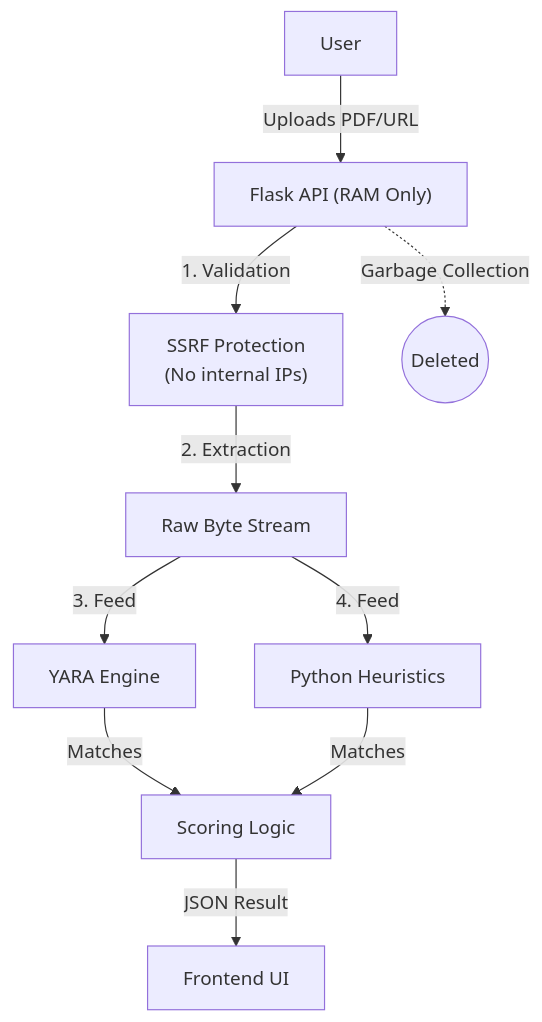
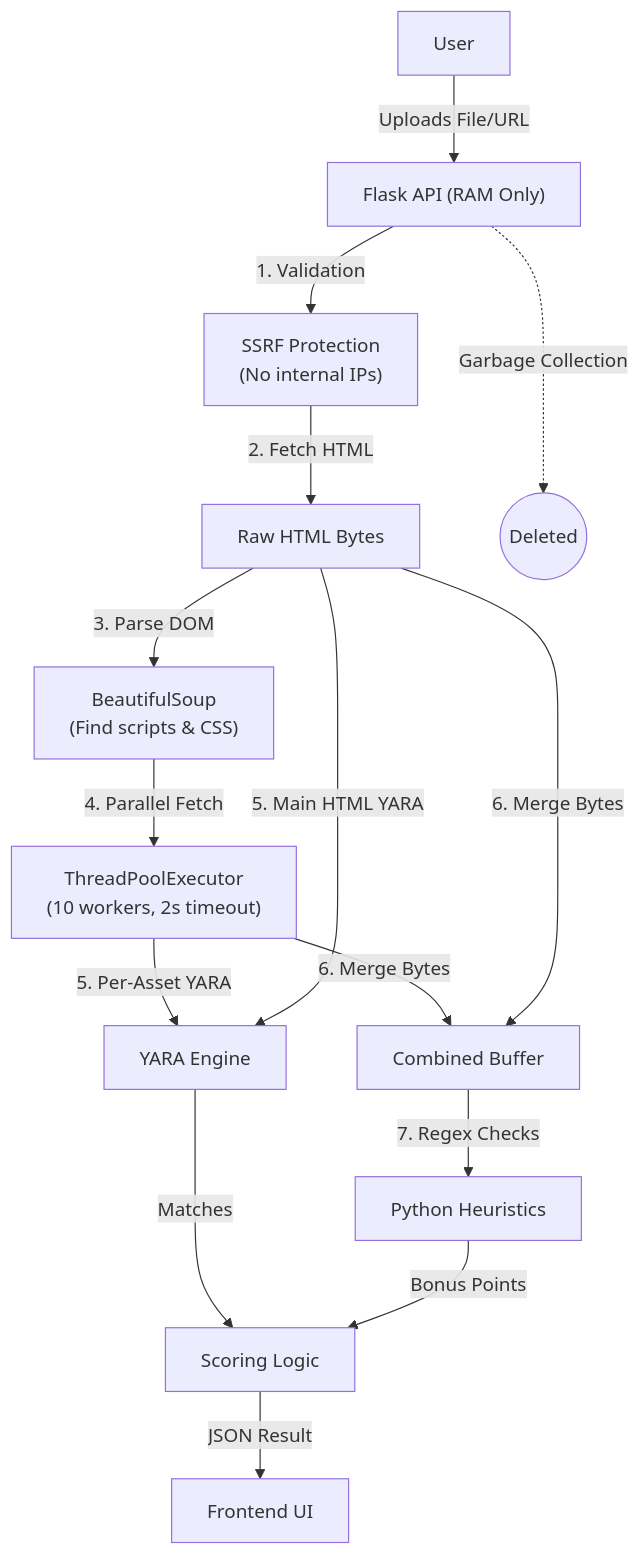
Before and after one commit to porapalmy/cs-security-comps-2026: the diagram in website/HOW-IT-WORKS.md, drawn with Mermaid. The commit also changed other lines of this file and 2 other files, not shown here.

````diff
--- a/website/HOW-IT-WORKS.md
+++ b/website/HOW-IT-WORKS.md
@@ -141,12 +176,17 @@
 ```mermaid
 graph TD
-    User[User] -->|Uploads PDF/URL| API["Flask API (RAM Only)"]
+    User[User] -->|Uploads File/URL| API["Flask API (RAM Only)"]
     API -->|1. Validation| SSRF["SSRF Protection<br>(No internal IPs)"]
-    SSRF -->|2. Extraction| Bytes[Raw Byte Stream]
-    Bytes -->|3. Feed| YARA[YARA Engine]
-    Bytes -->|4. Feed| Heur[Python Heuristics]
+    SSRF -->|2. Fetch HTML| HTML[Raw HTML Bytes]
+    HTML -->|3. Parse DOM| BS["BeautifulSoup<br>(Find scripts & CSS)"]
+    BS -->|4. Parallel Fetch| Pool["ThreadPoolExecutor<br>(10 workers, 2s timeout)"]
+    Pool -->|5. Per-Asset YARA| YARA[YARA Engine]
+    HTML -->|5. Main HTML YARA| YARA
+    Pool -->|6. Merge Bytes| Merged[Combined Buffer]
+    HTML -->|6. Merge Bytes| Merged
+    Merged -->|7. Regex Checks| Heur[Python Heuristics]
     YARA -->|Matches| Score[Scoring Logic]
-    Heur -->|Matches| Score
+    Heur -->|Bonus Points| Score
     Score -->|JSON Result| Frontend[Frontend UI]
-    API -.->|Garbage Collection| Void((Deleted))
+    API -..->|Garbage Collection| Void((Deleted))
 ```
````
